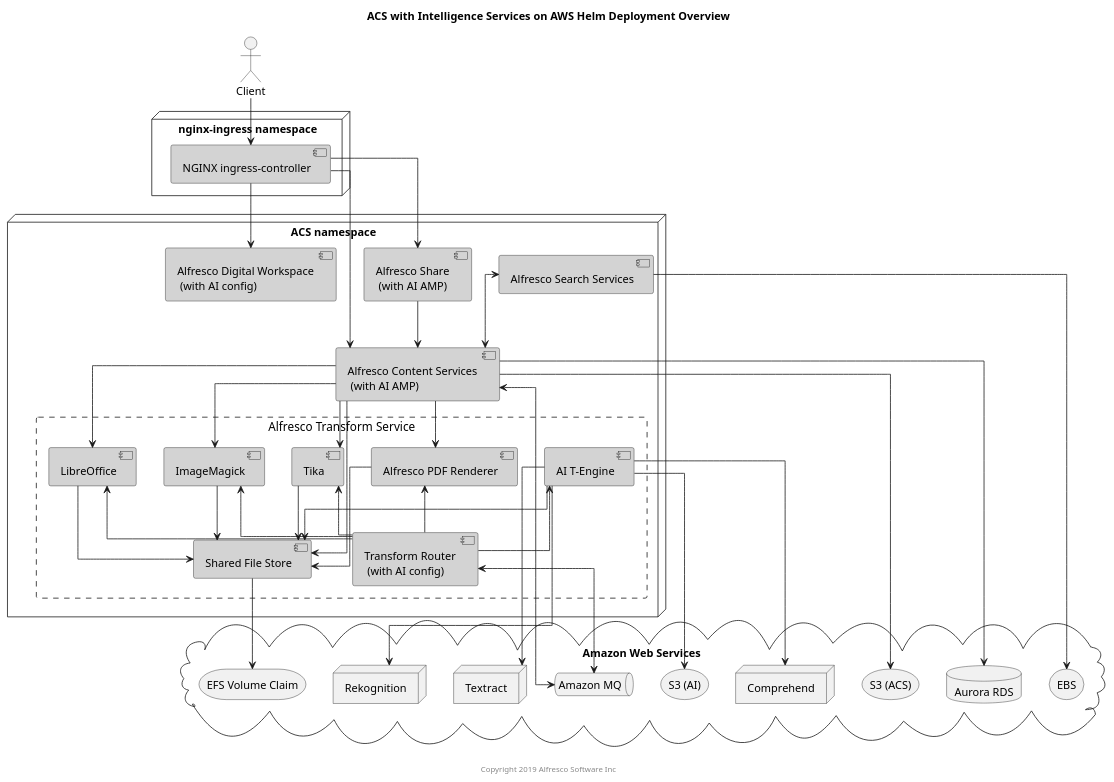
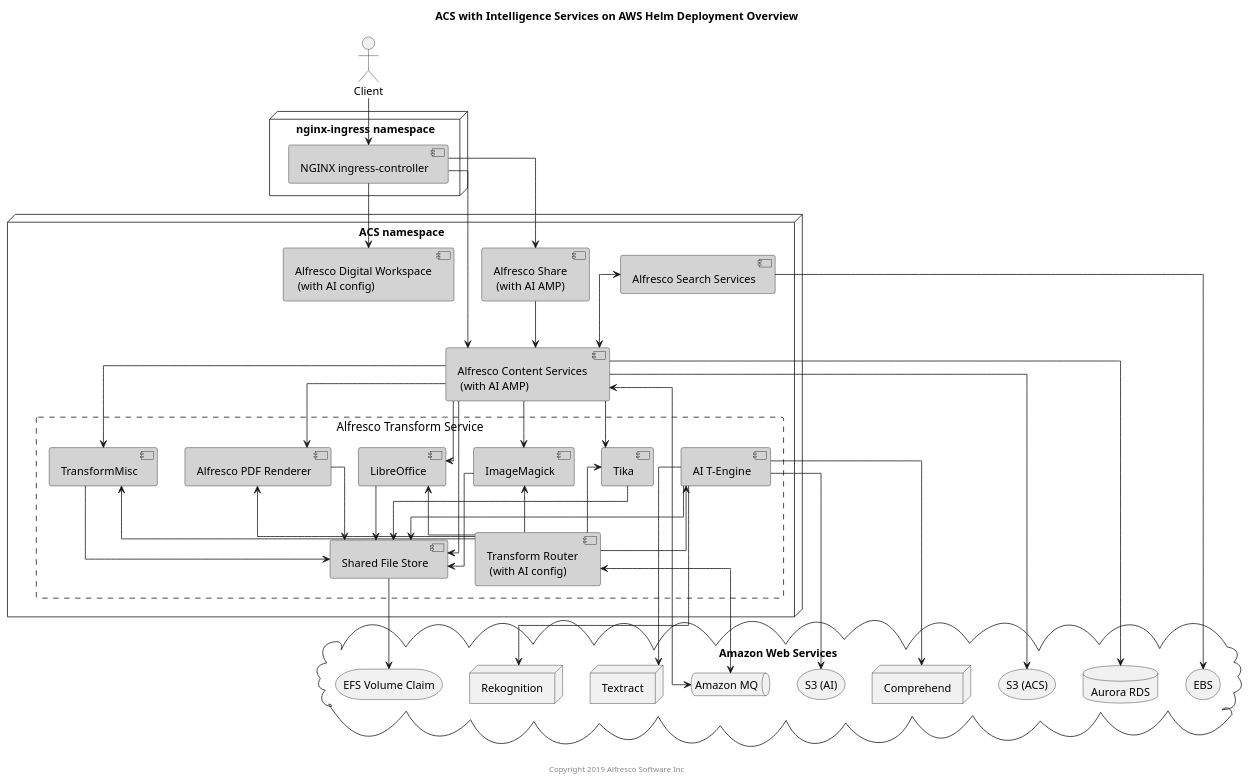
One commit to Alfresco/acs-deployment changed the diagram in docs/diagrams/helm-chart/helm-components-aws-ai.puml. Above: the diagram before and after it, drawn with PlantUML. The commit also changed 7 other files, not shown here.

Commit message:
Update docs/diagrams to include TransformMisc

```diff
--- a/docs/diagrams/helm-chart/helm-components-aws-ai.puml
+++ b/docs/diagrams/helm-chart/helm-components-aws-ai.puml
@@ -1,84 +1,88 @@
 @startuml
 
 Title: ACS with Intelligence Services on AWS Helm Deployment Overview
 
 skinparam componentStyle uml2
 skinparam linetype ortho
 skinparam rectangle {
     BorderStyle dashed
     FontSize 15
     FontStyle none
 }
 
 actor Client
 
 node "nginx-ingress namespace" {
     component "NGINX ingress-controller" as nginx #lightgrey
 }
 
 node "ACS namespace" {
     component "Alfresco Digital Workspace \n (with AI config)" as adw #lightgrey
     component "Alfresco Content Services \n (with AI AMP)" as acs #lightgrey
     component "Alfresco Search Services" as ass #lightgrey
     component "Alfresco Share \n (with AI AMP)" as share #lightgrey
     rectangle "Alfresco Transform Service" {
         component "Transform Router \n (with AI config)" as tr #lightgrey
         component "Shared File Store" as sfs #lightgrey
         component "Alfresco PDF Renderer" as pdfr #lightgrey
         component "LibreOffice" as libr #lightgrey
         component "ImageMagick" as img #lightgrey
         component "Tika" as tika #lightgrey
+        component "TransformMisc" as misc #lightgrey
         component "AI T-Engine" as aiEngine #lightgrey
     }
 }
 
 cloud "Amazon Web Services" {
     storage "S3 (ACS)" as s3acs
     storage "S3 (AI)" as s3ai
     database "Aurora RDS" as db
     storage "EBS" as ebs
     storage "EFS Volume Claim" as vc
     queue "Amazon MQ" as mq
     node "Comprehend" as comp
     node "Rekognition" as rek
     node "Textract" as tex
 }
 
 Client --> nginx
 
 nginx --> acs
 nginx --> share
 nginx --> adw
 
 ass --> ebs
 sfs --> vc
 acs --> s3acs
 
 ass <--> acs
 acs --> db
 acs --> pdfr
 acs --> libr
 acs --> img
 acs --> tika
+acs --> misc
 acs --> sfs
 acs <--> mq
 tr -up-> pdfr
 tr -up-> libr
 tr -up-> img
 tr -up-> tika
+tr -up-> misc
 tr -up-> aiEngine
 tr <--> mq
 pdfr --> sfs
 libr --> sfs
 img --> sfs
 tika --> sfs
+misc --> sfs
 share --> acs
 aiEngine --> sfs
 aiEngine --> s3ai
 aiEngine --> comp
 aiEngine --> rek
 aiEngine --> tex
 
 center footer Copyright 2019 Alfresco Software Inc
 
 @enduml
```
